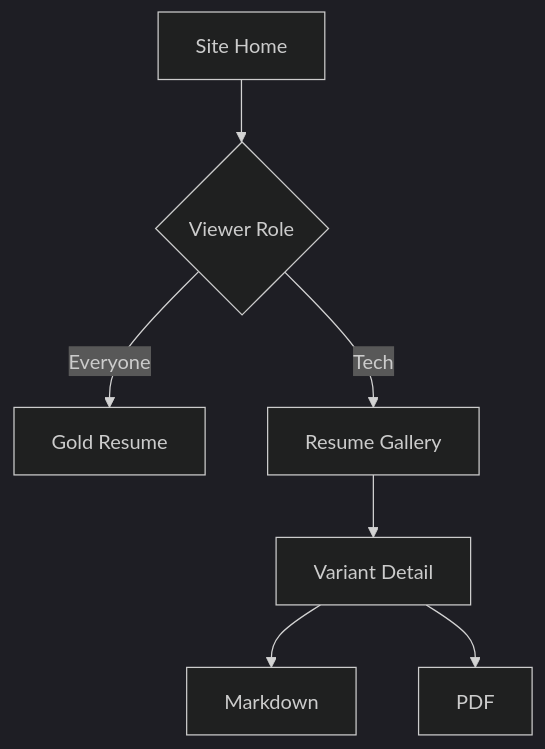
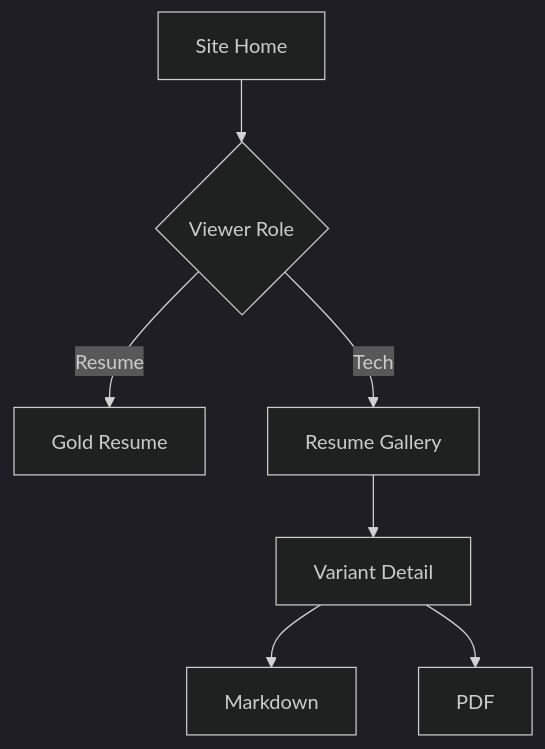
Before and after one commit to trydydd/cv: the diagram in README.md, drawn with Mermaid (dark theme). The commit also changed other lines of this file and 26 other files, not shown here.

````diff
--- a/README.md
+++ b/README.md
@@ -35,9 +35,9 @@
 ```mermaid
 flowchart TD
     A[Site Home] --> B{Viewer Role}
-    B -->|Everyone| C[Gold Resume]
+    B -->|Resume| C[Gold Resume]
     B -->|Tech| D[Resume Gallery]
     D --> E[Variant Detail]
     E --> F[Markdown]
     E --> G[PDF]
 ```
````
